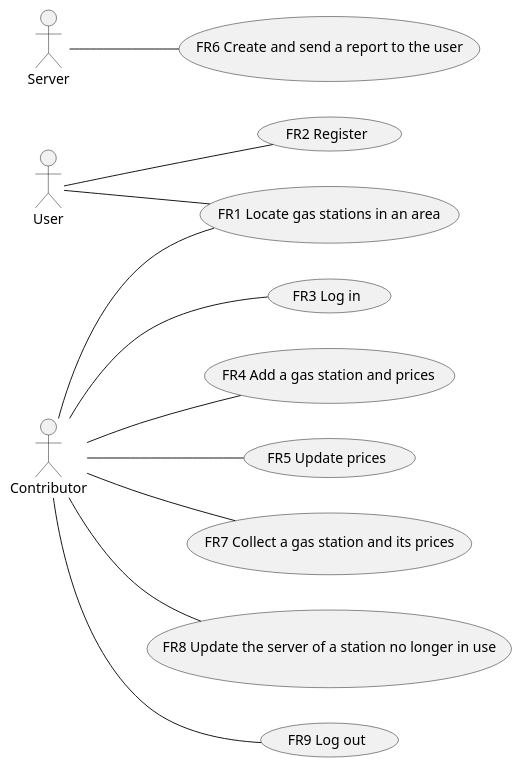
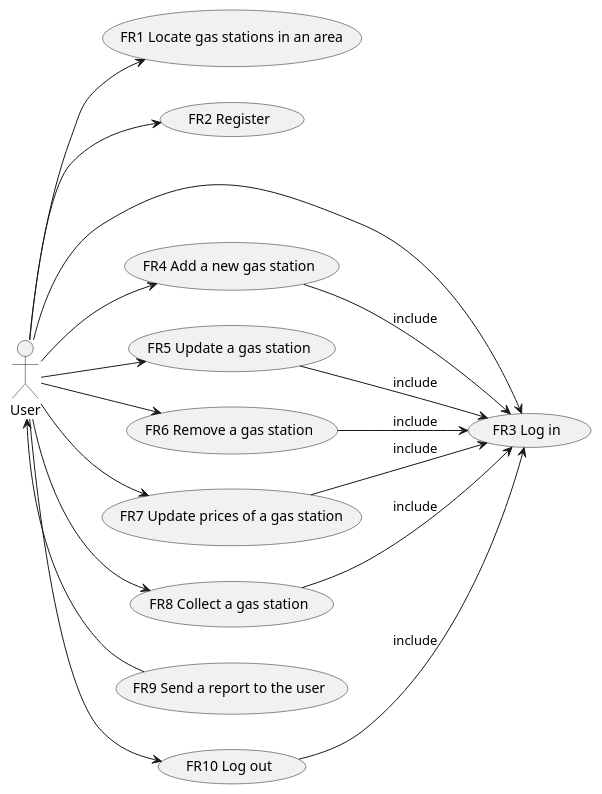
Before and after one commit to SoftengPoliTo/Lab2: the second of 3 diagrams in REQ_s277498.md, drawn with PlantUML. The commit also changed other lines of this file, not shown here.

````diff
--- a/REQ_s277498.md
+++ b/REQ_s277498.md
@@ -115,20 +122,34 @@
-```plantuml
+@startuml
 left to right direction
-actor User as n
-n -- (FR1 Locate gas stations in an area)
-n -- (FR2 Register)
 
-left to right direction
-actor Contributor as c
-c -- (FR1 Locate gas stations in an area)
-c -- (FR3 Log in)
-c -- (FR4 Add a gas station and prices)
-c -- (FR5 Update prices)
-c -- (FR7 Collect a gas station and its prices)
-c -- (FR8 Update the server of a station no longer in use)
-c -- (FR9 Log out)
+actor User as u
 
-left to right direction
-actor Server as s
-s -- (FR6 Create and send a report to the user)
-```
+(FR1 Locate gas stations in an area) as UC1
+(FR2 Register)  as UC2
+(FR3 Log in)  as UC3
+(FR4 Add a new gas station) as UC4
+(FR5 Update a gas station)  as UC5
+(FR6 Remove a gas station) as UC6
+(FR7 Update prices of a gas station) as UC7
+(FR8 Collect a gas station) as UC8
+(FR9 Send a report to the user) as UC9
+(FR10 Log out) as UC10
+
+u --> UC1
+u --> UC2
+u --> UC3
+u --> UC4
+u --> UC5
+u --> UC6
+u --> UC7
+u --> UC8
+u <-- UC9
+u --> UC10
+
+UC4 --> UC3 : include
+UC5 --> UC3 : include
+UC6 --> UC3 : include
+UC7 --> UC3 : include
+UC8 --> UC3 : include
+UC10 --> UC3 : include
+@enduml
````
